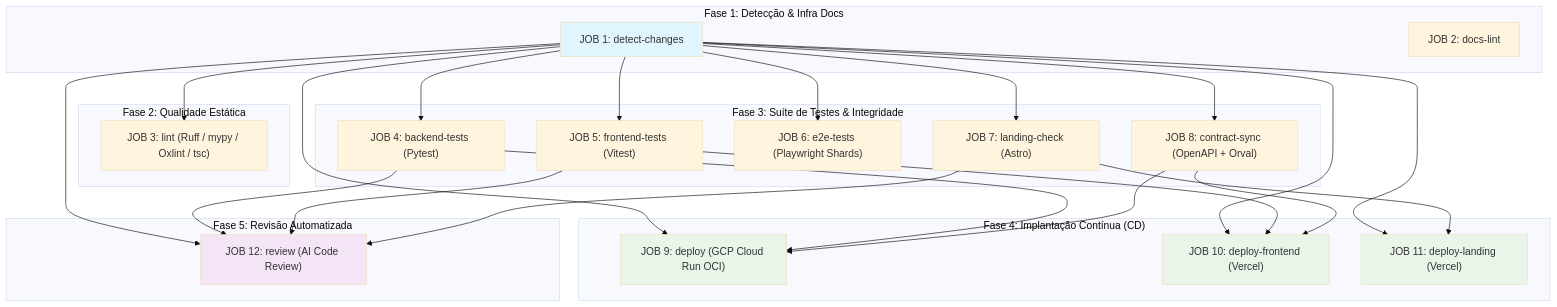
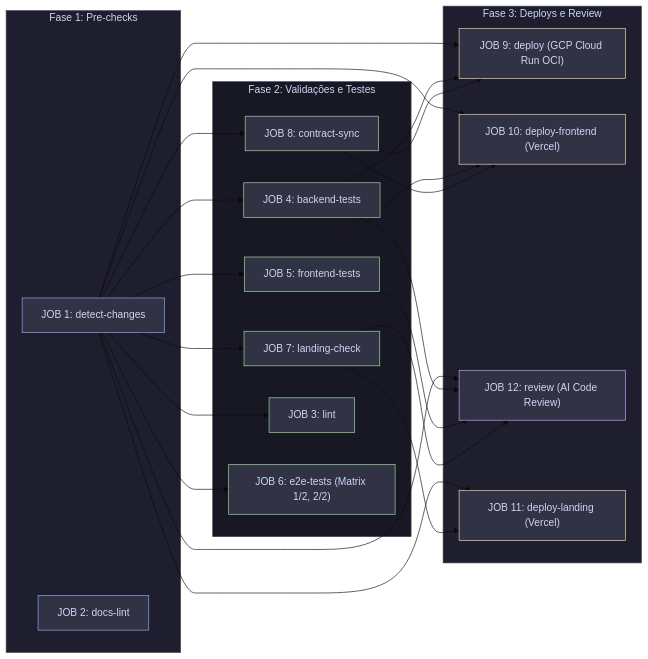
The diagram in docs/4-explanation/architecture/ci-cd-pipeline-flow.md (Rafaelp122/wedding_management), drawn with Mermaid (base theme) before and after one commit.

Commit message:
docs(ci): redesign Mermaid diagram to clean horizontal LR graph matching GitHub Actions UI layout

````diff
--- a/docs/4-explanation/architecture/ci-cd-pipeline-flow.md
+++ b/docs/4-explanation/architecture/ci-cd-pipeline-flow.md
@@ -19,48 +19,52 @@
 ```mermaid
-graph TD
-    subgraph "Fase 1: Detecção & Infra Docs"
+graph LR
+    subgraph PreChecks ["Fase 1: Pre-checks"]
         J1["JOB 1: detect-changes"]
         J2["JOB 2: docs-lint"]
     end
 
-    subgraph "Fase 2: Qualidade Estática"
-        J3["JOB 3: lint (Ruff / mypy / Oxlint / tsc)"]
+    subgraph Validation ["Fase 2: Validações e Testes"]
+        J8["JOB 8: contract-sync"]
+        J4["JOB 4: backend-tests"]
+        J5["JOB 5: frontend-tests"]
+        J7["JOB 7: landing-check"]
+        J3["JOB 3: lint"]
+        J6["JOB 6: e2e-tests (Matrix 1/2, 2/2)"]
     end
 
-    subgraph "Fase 3: Suíte de Testes & Integridade"
-        J4["JOB 4: backend-tests (Pytest)"]
-        J5["JOB 5: frontend-tests (Vitest)"]
-        J6["JOB 6: e2e-tests (Playwright Shards)"]
-        J7["JOB 7: landing-check (Astro)"]
-        J8["JOB 8: contract-sync (OpenAPI + Orval)"]
-    end
-
-    subgraph "Fase 4: Implantação Contínua (CD)"
+    subgraph Delivery ["Fase 3: Deploys e Review"]
         J9["JOB 9: deploy (GCP Cloud Run OCI)"]
         J10["JOB 10: deploy-frontend (Vercel)"]
+        J12["JOB 12: review (AI Code Review)"]
         J11["JOB 11: deploy-landing (Vercel)"]
     end
 
-    subgraph "Fase 5: Revisão Automatizada"
-        J12["JOB 12: review (AI Code Review)"]
-    end
-
-    J1 --> J3
+    J1 --> J8
     J1 --> J4
     J1 --> J5
+    J1 --> J7
+    J1 --> J3
     J1 --> J6
-    J1 --> J7
-    J1 --> J8
 
     J1 & J4 & J8 --> J9
     J1 & J5 & J8 --> J10
+    J1 & J4 & J5 & J7 --> J12
     J1 & J7 --> J11
 
-    J1 & J4 & J5 & J7 --> J12
+    style PreChecks fill:#1e1e2e,stroke:#45475a,color:#cdd6f4
+    style Validation fill:#181825,stroke:#45475a,color:#cdd6f4
+    style Delivery fill:#1e1e2e,stroke:#45475a,color:#cdd6f4
 
-    style J1 fill:#e1f5fe
-    style J9 fill:#e8f5e8
-    style J10 fill:#e8f5e8
-    style J11 fill:#e8f5e8
-    style J12 fill:#f3e5f5
+    style J1 fill:#313244,stroke:#89b4fa,color:#cdd6f4
+    style J2 fill:#313244,stroke:#89b4fa,color:#cdd6f4
+    style J3 fill:#313244,stroke:#a6e3a1,color:#cdd6f4
+    style J4 fill:#313244,stroke:#a6e3a1,color:#cdd6f4
+    style J5 fill:#313244,stroke:#a6e3a1,color:#cdd6f4
+    style J6 fill:#313244,stroke:#a6e3a1,color:#cdd6f4
+    style J7 fill:#313244,stroke:#a6e3a1,color:#cdd6f4
+    style J8 fill:#313244,stroke:#a6e3a1,color:#cdd6f4
+    style J9 fill:#313244,stroke:#f9e2af,color:#cdd6f4
+    style J10 fill:#313244,stroke:#f9e2af,color:#cdd6f4
+    style J11 fill:#313244,stroke:#f9e2af,color:#cdd6f4
+    style J12 fill:#313244,stroke:#cba6f7,color:#cdd6f4
 ```
````
